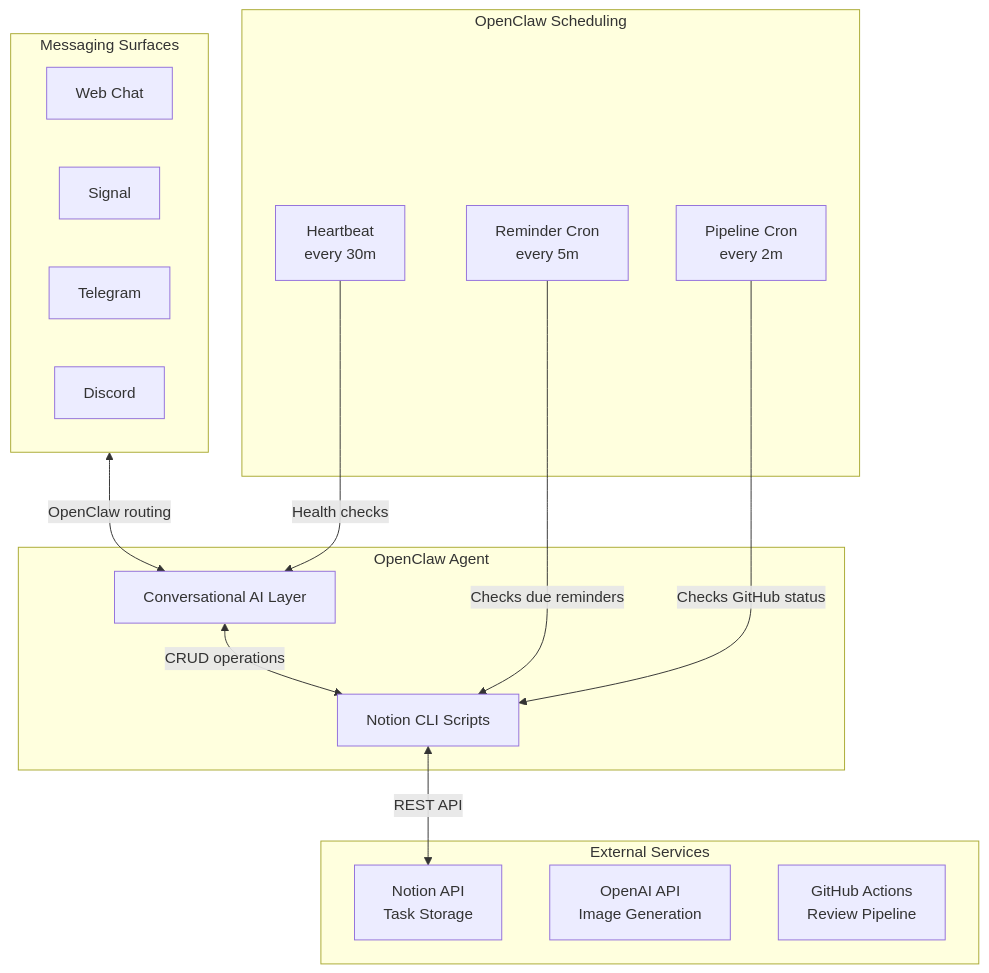
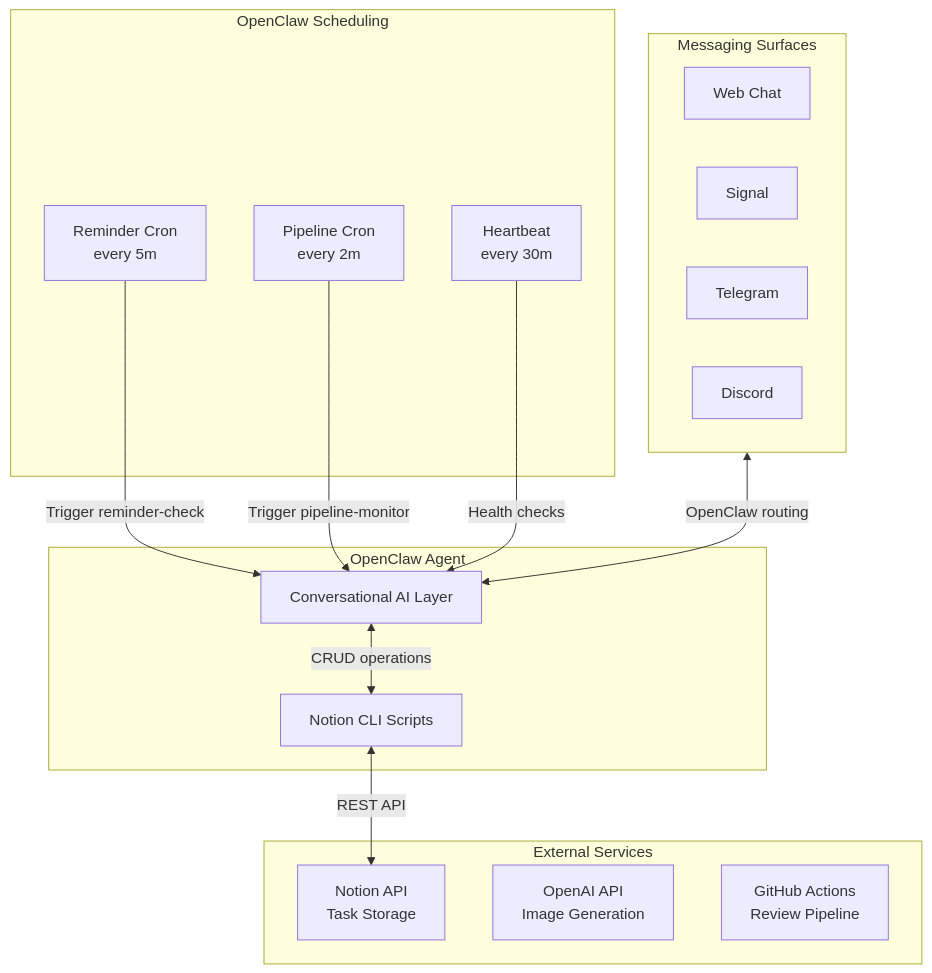
One commit to NickBorgersProbably/hide-my-list changed the first of 6 diagrams in docs/architecture.md. Above: the diagram before and after it, drawn with Mermaid. The commit also changed 3 other files, not shown here.

````diff
--- a/docs/architecture.md
+++ b/docs/architecture.md
@@ -14,33 +14,33 @@
 ```mermaid
 flowchart TB
     subgraph Agent["OpenClaw Agent"]
         AI[Conversational AI Layer]
         Scripts[Notion CLI Scripts]
     end
 
     subgraph Scheduling["OpenClaw Scheduling"]
         Heartbeat[Heartbeat<br/>every 30m]
         ReminderCron[Reminder Cron<br/>every 5m]
         PipelineCron[Pipeline Cron<br/>every 2m]
     end
 
     subgraph Messaging["Messaging Surfaces"]
         Web[Web Chat]
         Signal[Signal]
         Telegram[Telegram]
         Discord[Discord]
     end
 
     subgraph External["External Services"]
         Notion[Notion API<br/>Task Storage]
         OpenAI[OpenAI API<br/>Image Generation]
         GitHub[GitHub Actions<br/>Review Pipeline]
     end
 
     Messaging <-->|OpenClaw routing| AI
     AI <-->|CRUD operations| Scripts
     Scripts <-->|REST API| Notion
-    ReminderCron -->|Checks due reminders| Scripts
-    PipelineCron -->|Checks GitHub status| Scripts
+    ReminderCron -->|Trigger reminder-check| AI
+    PipelineCron -->|Trigger pipeline-monitor| AI
     Heartbeat -->|Health checks| AI
 ```
````
